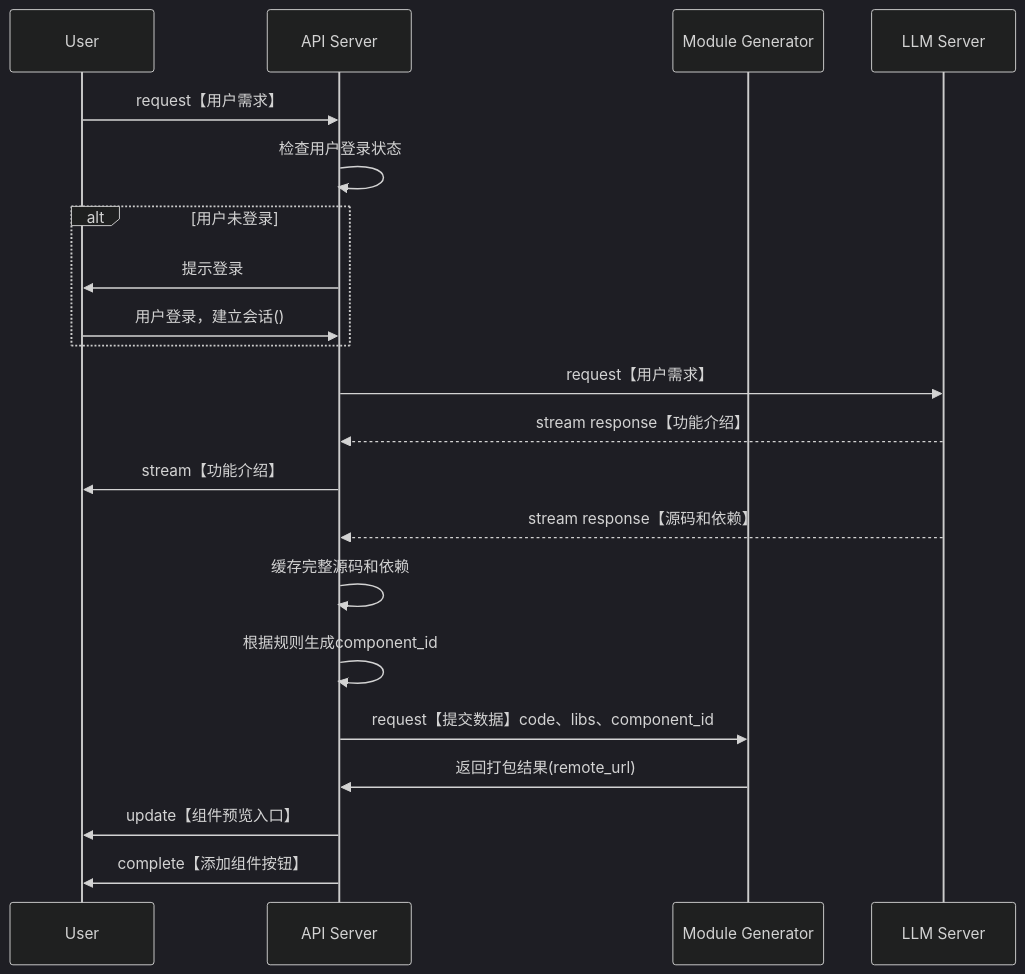
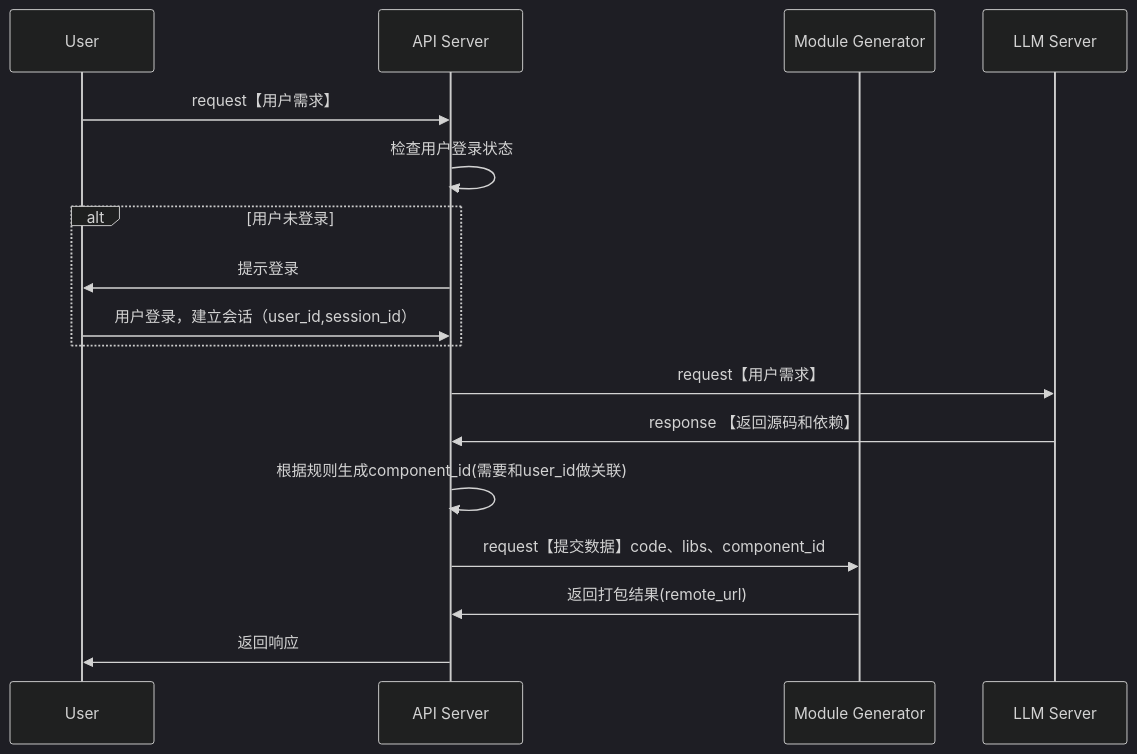
Before and after one commit to yingjianzh/iodraw-files: the diagram in all/未命名-7.md, drawn with Mermaid (dark theme).

Commit message:
2024-10-08 16:28:05 update

````diff
--- a/all/未命名-7.md
+++ b/all/未命名-7.md
@@ -1,28 +1,23 @@
 ```mermaid
 sequenceDiagram
     participant User
     participant API Server
     participant Module Generator
     participant LLM Server
 
     User->>API Server: request【用户需求】
     API Server->>API Server: 检查用户登录状态
     alt 用户未登录
         API Server->>User: 提示登录
-        User->>API Server: 用户登录，建立会话()
+        User->>API Server: 用户登录，建立会话（user_id,session_id）
     end
 
     API Server->>LLM Server: request【用户需求】
-    LLM Server-->>API Server: stream response【功能介绍】
-    API Server->>User: stream【功能介绍】
-
-    LLM Server-->>API Server: stream response【源码和依赖】
-    API Server->>API Server: 缓存完整源码和依赖
-    API Server->>API Server: 根据规则生成component_id
+    LLM Server->>API Server: response 【返回源码和依赖】
+    API Server->>API Server: 根据规则生成component_id(需要和user_id做关联)
     API Server->>Module Generator: request【提交数据】code、libs、component_id
     Module Generator->>API Server: 返回打包结果(remote_url)
-
-    API Server->>User: update【组件预览入口】
-    API Server->>User: complete【添加组件按钮】
+    
+    API Server->>User: 返回响应
 
 ```
````
